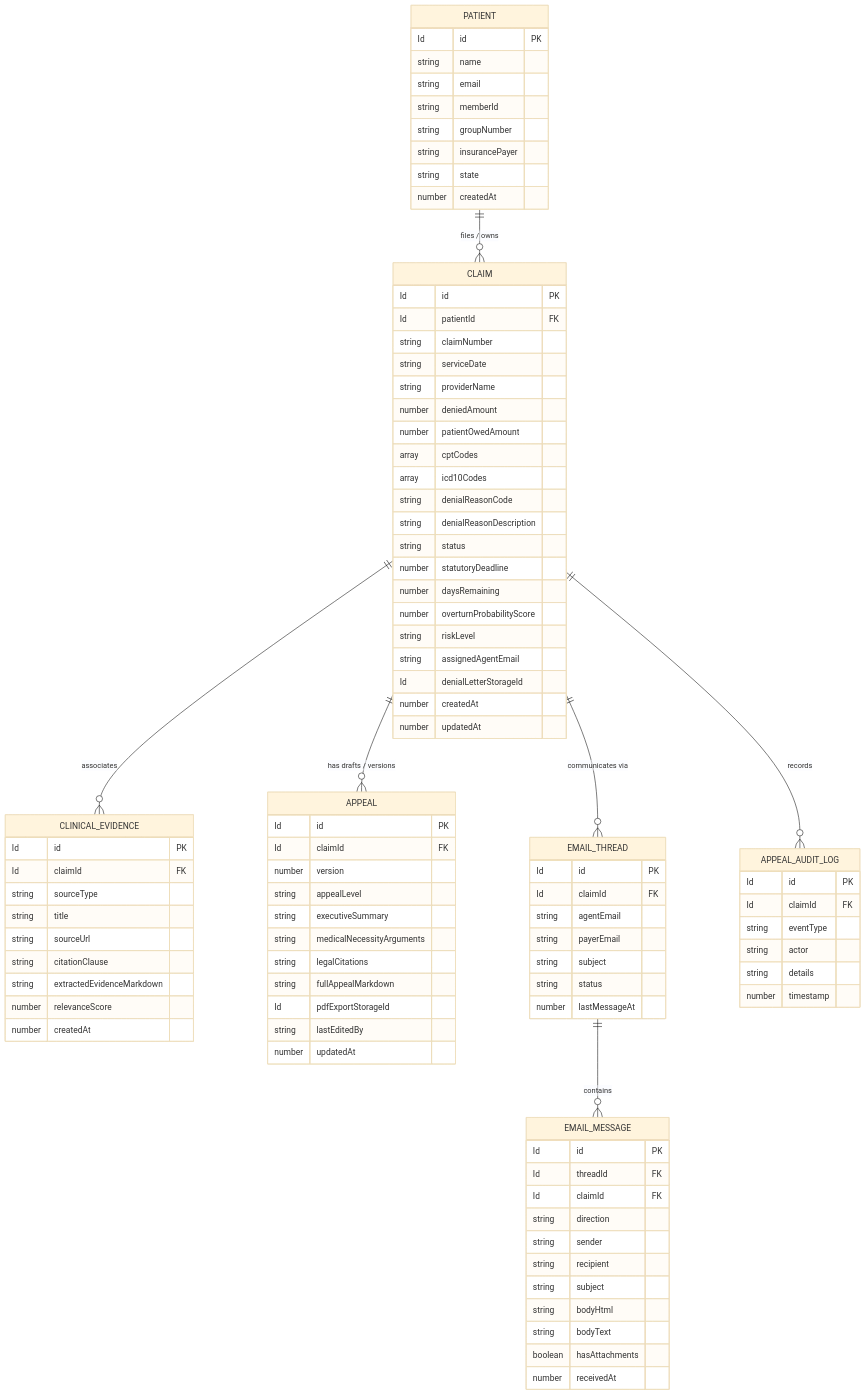
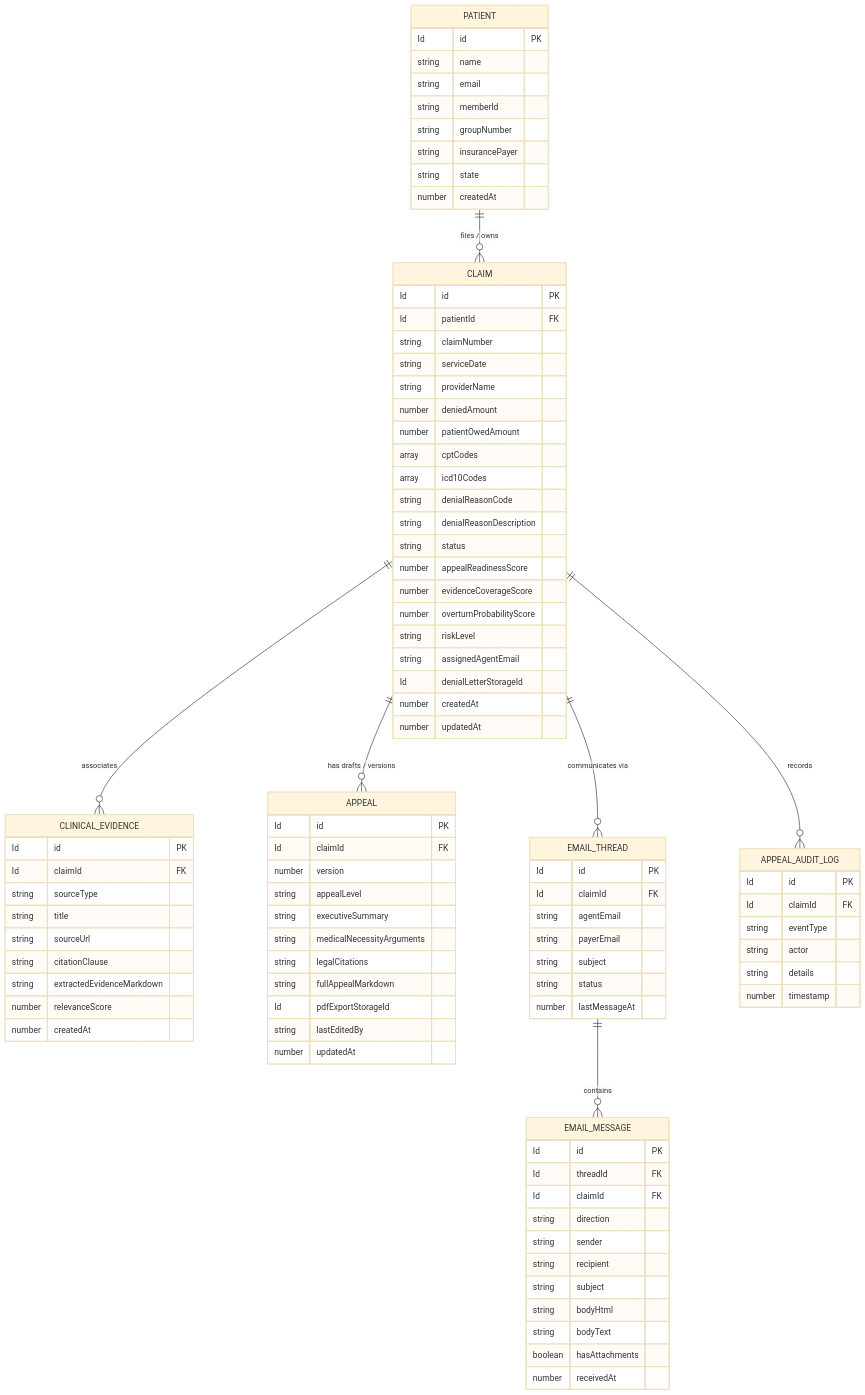
Before and after one commit to zaikaman/ClaimHero: the first of 2 diagrams in specs/001-appeal-sentinel/data-model.md, drawn with Mermaid (base theme). The commit also changed other lines of this file and 20 other files, not shown here.

Commit message:
feat: Replace legacy overturnProbabilityScore with canonical appealReadinessScore and evidenceCoverageScore across the codebase; update related tests and documentation

```diff
--- a/specs/001-appeal-sentinel/data-model.md
+++ b/specs/001-appeal-sentinel/data-model.md
@@ -41,8 +41,8 @@
         string denialReasonCode
         string denialReasonDescription
         string status
-        number statutoryDeadline
-        number daysRemaining
+        number appealReadinessScore
+        number evidenceCoverageScore
         number overturnProbabilityScore
         string riskLevel
         string assignedAgentEmail
```
